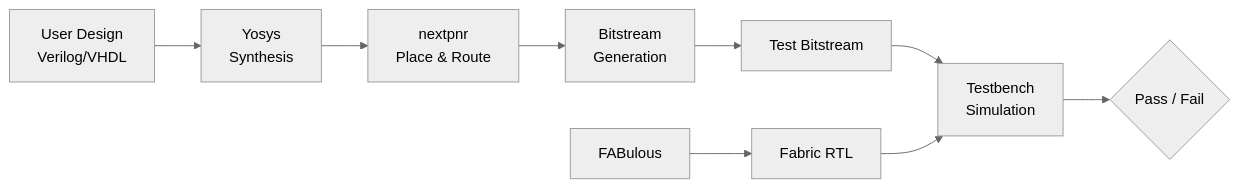
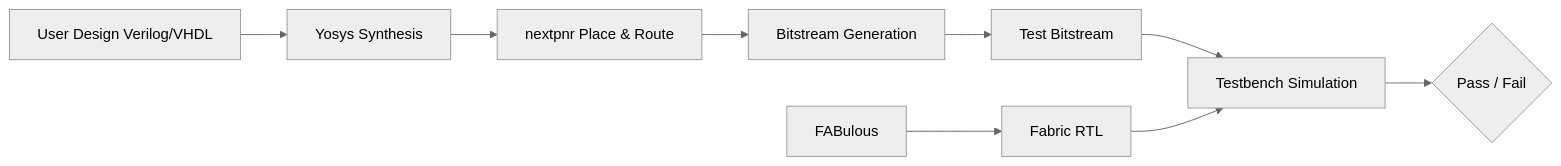
Before and after one commit to KelvinChung2000/FABulous: the second of 2 diagrams in docs/source/user_guide/simulation/simulation.md, drawn with Mermaid (neutral theme).

Commit message:
chore: clean up again

````diff
--- a/docs/source/user_guide/simulation/simulation.md
+++ b/docs/source/user_guide/simulation/simulation.md
@@ -48,13 +48,13 @@
 ```{mermaid}
 flowchart LR
-    A[User Design\nVerilog/VHDL] --> B[Yosys\nSynthesis]
-    B --> C[nextpnr\nPlace & Route]
-    C --> D[Bitstream\nGeneration]
+    A[User Design Verilog/VHDL] --> B[Yosys Synthesis]
+    B --> C[nextpnr Place & Route]
+    C --> D[Bitstream Generation]
     D --> E[Test Bitstream]
 
     F[FABulous] --> G[Fabric RTL]
 
-    E --> H[Testbench\nSimulation]
+    E --> H[Testbench Simulation]
     G --> H
     H --> I{Pass / Fail}
 ```
````
